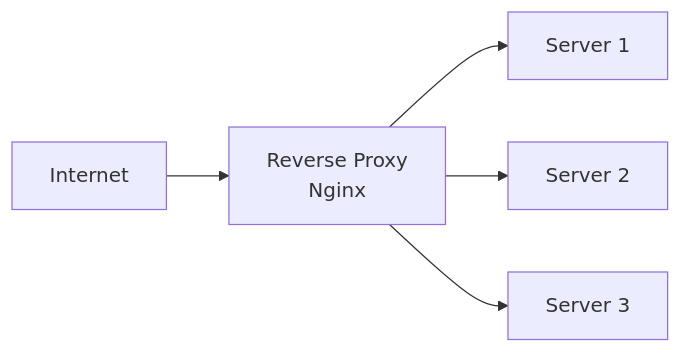
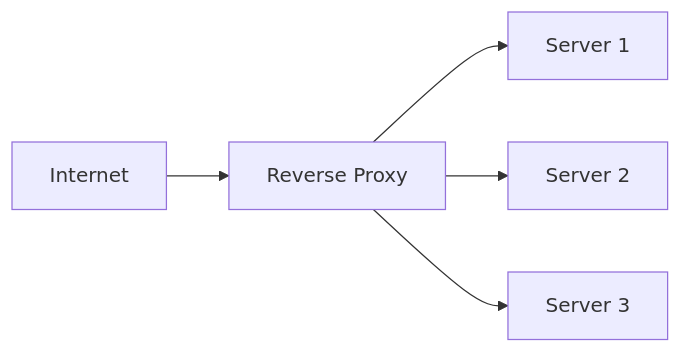
The fourth of 4 diagrams in basics/networking.md (spawn08/system-design-interview), drawn with Mermaid before and after one commit. The commit also changed other lines of this file and 4 other files, not shown here.

````diff
--- a/basics/networking.md
+++ b/basics/networking.md
@@ -428,7 +783,7 @@
 ```mermaid
 flowchart LR
-    Internet[Internet] --> ReverseProxy[Reverse Proxy<br/>Nginx]
-    ReverseProxy --> Server1[Server 1]
-    ReverseProxy --> Server2[Server 2]
-    ReverseProxy --> Server3[Server 3]
+    Internet[Internet] --> Proxy[Reverse Proxy]
+    Proxy --> Server1[Server 1]
+    Proxy --> Server2[Server 2]
+    Proxy --> Server3[Server 3]
 ```
````
